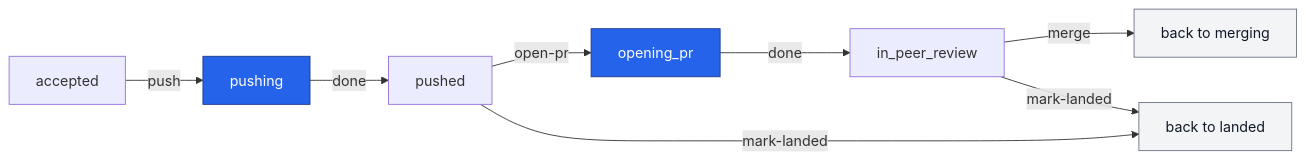
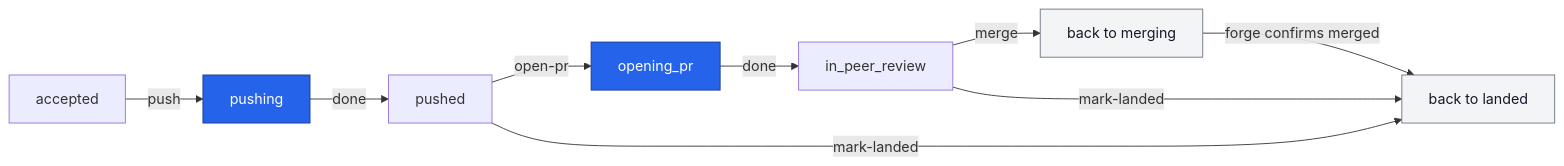
One commit to codeguru42/tasker changed the sixth of 9 diagrams in docs/statemachine.md. Above: the diagram before and after it, drawn with Mermaid. The commit also changed other lines of this file, not shown here.

````diff
--- a/docs/statemachine.md
+++ b/docs/statemachine.md
@@ -176,15 +177,16 @@
 ```mermaid
 flowchart LR
   AC[accepted] -->|push| PG[pushing]
   PG -->|done| PU[pushed]
   PU -->|open-pr| OP[opening_pr]
   OP -->|done| PR[in_peer_review]
   PR -->|merge| MG[back to merging]
+  MG -->|forge confirms merged| L[back to landed]
   PU -->|mark-landed| L[back to landed]
   PR -->|mark-landed| L
 
   classDef spawn fill:#2563eb,color:#fff,stroke:#1e3a8a;
   classDef exit fill:#f3f4f6,color:#111827,stroke:#6b7280;
   class PG,OP spawn;
   class MG,L exit;
 ```
````
